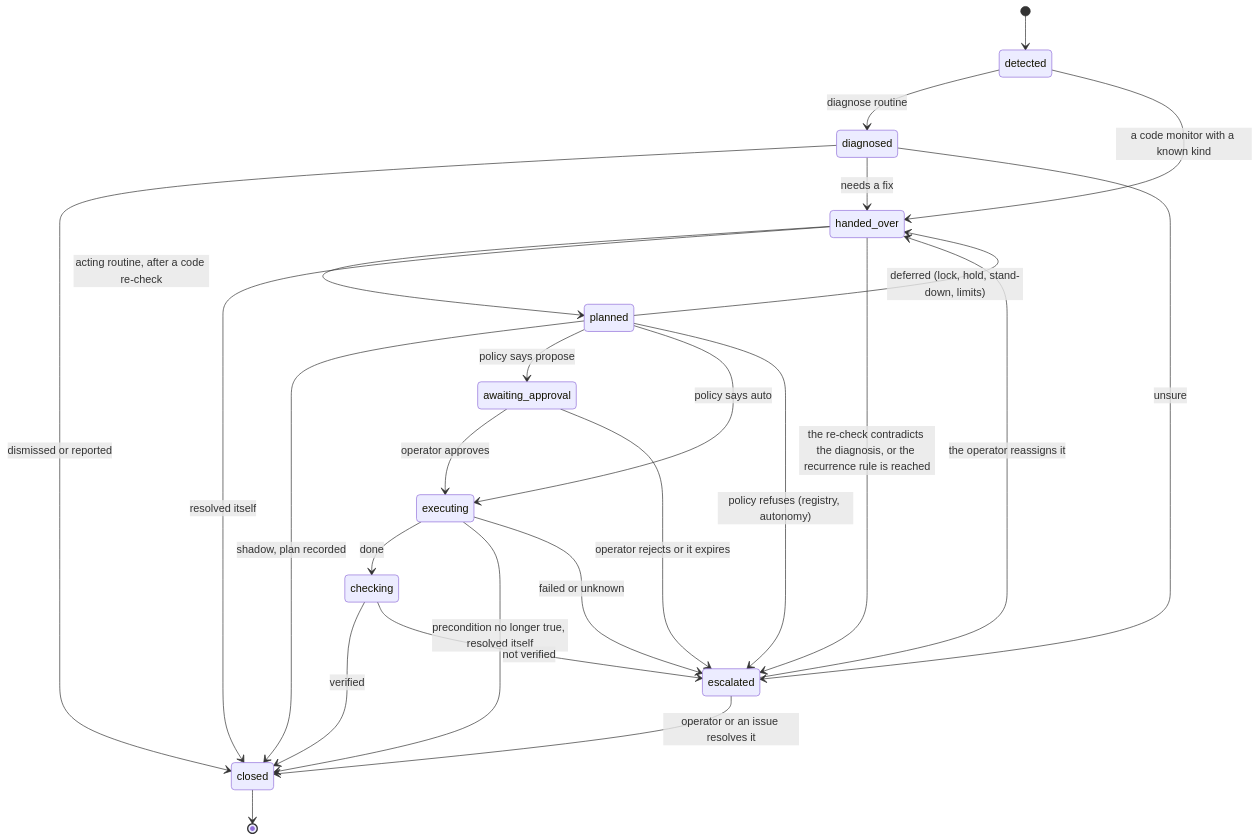
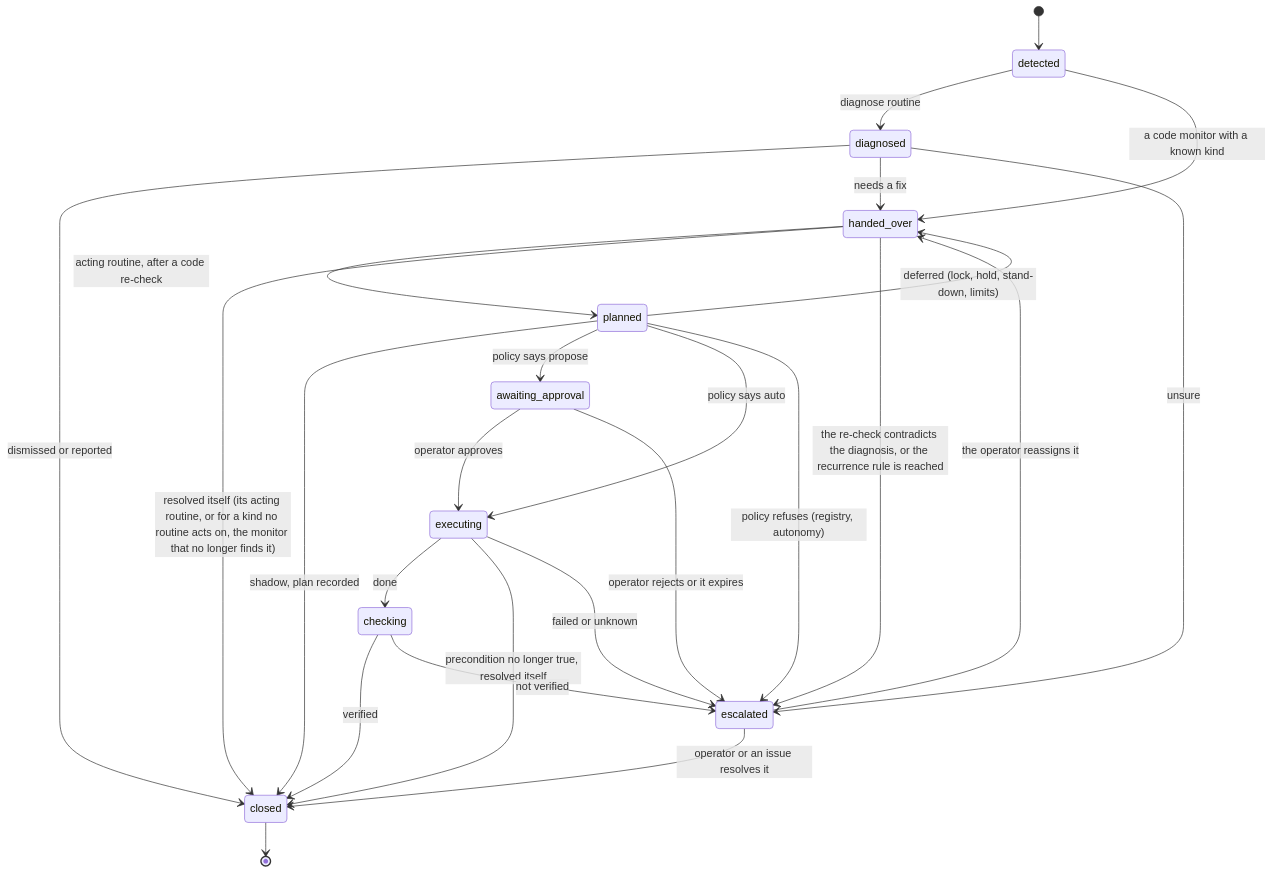
One commit to chipi/flotilla changed the diagram in docs/architecture/run-lifecycle.md. Above: the diagram before and after it, drawn with Mermaid. The commit also changed 6 other files, not shown here.

First line of the commit message:
dispatch: a monitor closes its handed-over case once it stops finding it, for a kind no routine acts on

````diff
--- a/docs/architecture/run-lifecycle.md
+++ b/docs/architecture/run-lifecycle.md
@@ -11,27 +11,27 @@
 ```mermaid
 stateDiagram-v2
     [*] --> detected
     detected --> diagnosed: diagnose routine
     detected --> handed_over: a code monitor with a known kind
     diagnosed --> closed: dismissed or reported
     diagnosed --> handed_over: needs a fix
     diagnosed --> escalated: unsure
     handed_over --> planned: acting routine, after a code re-check
-    handed_over --> closed: resolved itself
+    handed_over --> closed: resolved itself (its acting routine, or for a kind no routine acts on, the monitor that no longer finds it)
     handed_over --> escalated: the re-check contradicts the diagnosis, or the recurrence rule is reached
     planned --> closed: shadow, plan recorded
     planned --> awaiting_approval: policy says propose
     planned --> executing: policy says auto
     planned --> handed_over: deferred (lock, hold, stand-down, limits)
     planned --> escalated: policy refuses (registry, autonomy)
     awaiting_approval --> executing: operator approves
     awaiting_approval --> escalated: operator rejects or it expires
     executing --> checking: done
     executing --> closed: precondition no longer true, resolved itself
     executing --> escalated: failed or unknown
     checking --> closed: verified
     checking --> escalated: not verified
     escalated --> handed_over: the operator reassigns it
     escalated --> closed: operator or an issue resolves it
     closed --> [*]
 ```
````
